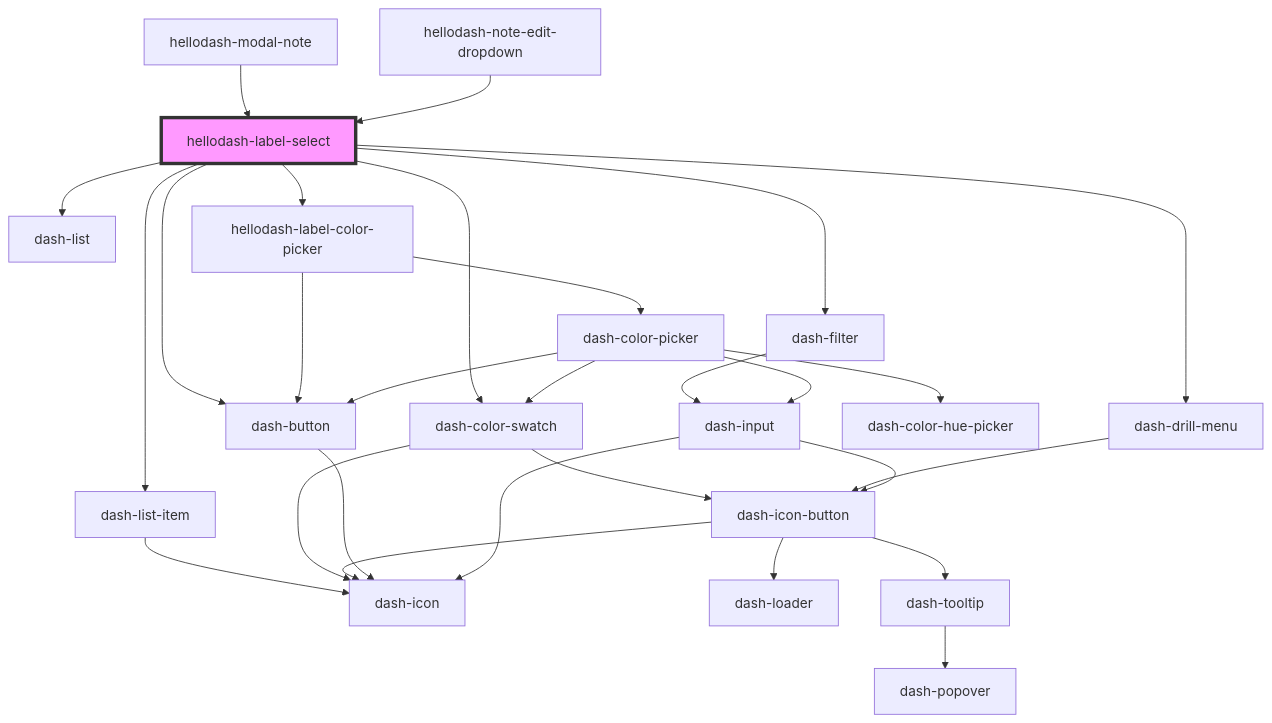
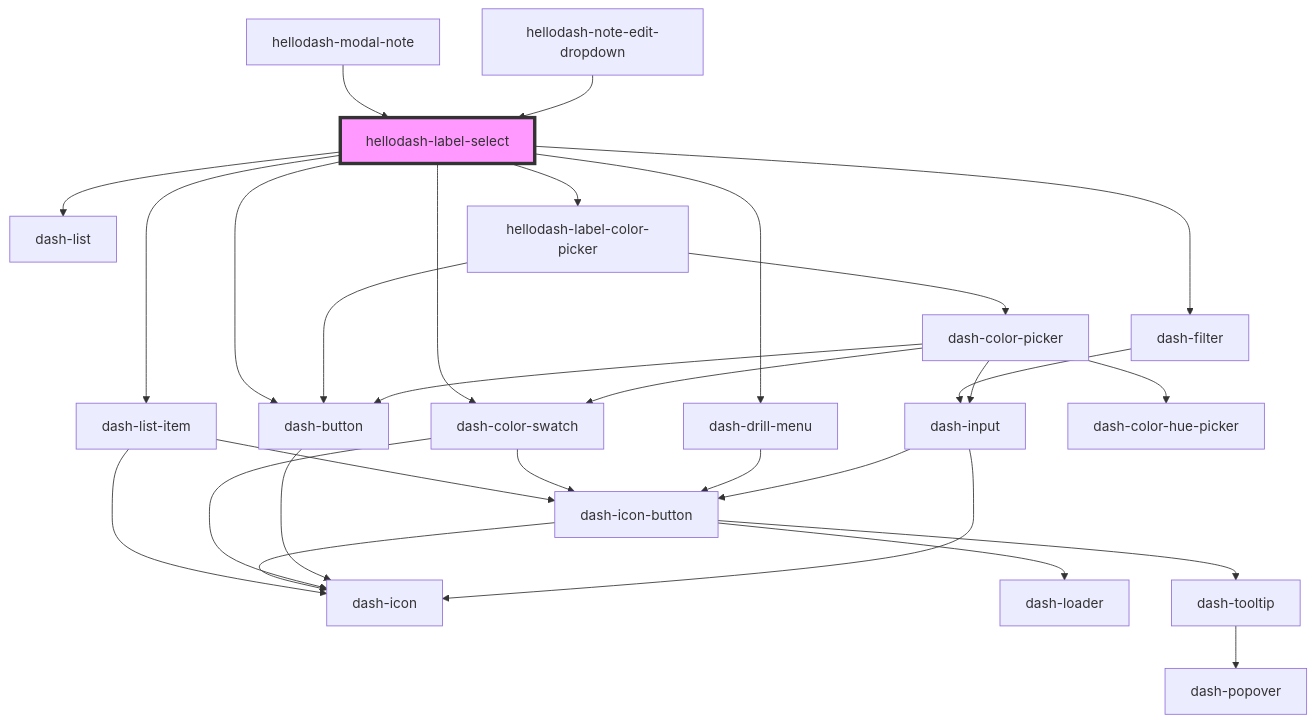
Before and after one commit to jmanke/dash: the diagram in packages/hellodash-components/src/components/hellodash-label-select/readme.md, drawn with Mermaid. The commit also changed 9 other files, not shown here.

````diff
--- a/packages/hellodash-components/src/components/hellodash-label-select/readme.md
+++ b/packages/hellodash-components/src/components/hellodash-label-select/readme.md
@@ -46,31 +46,32 @@
 ```mermaid
 graph TD;
   hellodash-label-select --> dash-list
   hellodash-label-select --> dash-list-item
   hellodash-label-select --> dash-color-swatch
   hellodash-label-select --> dash-button
   hellodash-label-select --> dash-drill-menu
   hellodash-label-select --> dash-filter
   hellodash-label-select --> hellodash-label-color-picker
   dash-list-item --> dash-icon
-  dash-color-swatch --> dash-icon-button
-  dash-color-swatch --> dash-icon
+  dash-list-item --> dash-icon-button
   dash-icon-button --> dash-icon
   dash-icon-button --> dash-loader
   dash-icon-button --> dash-tooltip
   dash-tooltip --> dash-popover
+  dash-color-swatch --> dash-icon-button
+  dash-color-swatch --> dash-icon
   dash-button --> dash-icon
   dash-drill-menu --> dash-icon-button
   dash-filter --> dash-input
   dash-input --> dash-icon
   dash-input --> dash-icon-button
   hellodash-label-color-picker --> dash-color-picker
   hellodash-label-color-picker --> dash-button
   dash-color-picker --> dash-color-hue-picker
   dash-color-picker --> dash-button
   dash-color-picker --> dash-input
   dash-color-picker --> dash-color-swatch
   hellodash-modal-note --> hellodash-label-select
   hellodash-note-edit-dropdown --> hellodash-label-select
   style hellodash-label-select fill:#f9f,stroke:#333,stroke-width:4px
 ```
````
